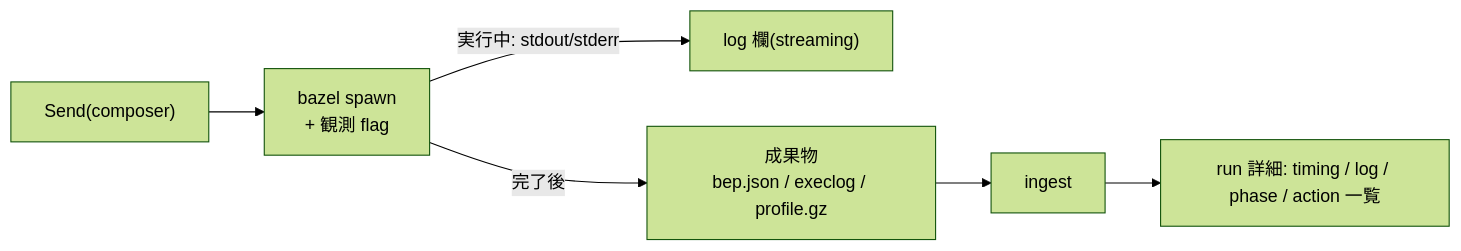
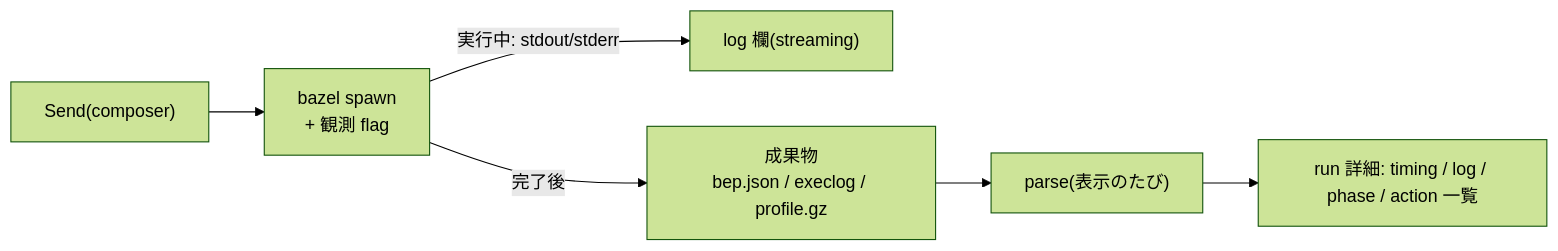
One commit to OhataKenji/zeal changed the diagram in docs/design/m2-run-detail.md. Above: the diagram before and after it, drawn with Mermaid (forest theme). The commit also changed other lines of this file and 1 other file, not shown here.

````diff
--- a/docs/design/m2-run-detail.md
+++ b/docs/design/m2-run-detail.md
@@ -36,8 +36,8 @@
 ```mermaid
 flowchart LR
     SEND["Send(composer)"] --> SPAWN["bazel spawn<br/>+ 観測 flag"]
     SPAWN -->|"実行中: stdout/stderr"| LOG["log 欄(streaming)"]
     SPAWN -->|"完了後"| ART["成果物<br/>bep.json / execlog / profile.gz"]
-    ART --> INGEST["ingest"]
+    ART --> INGEST["parse(表示のたび)"]
     INGEST --> VIEW["run 詳細: timing / log / phase / action 一覧"]
 ```
````
